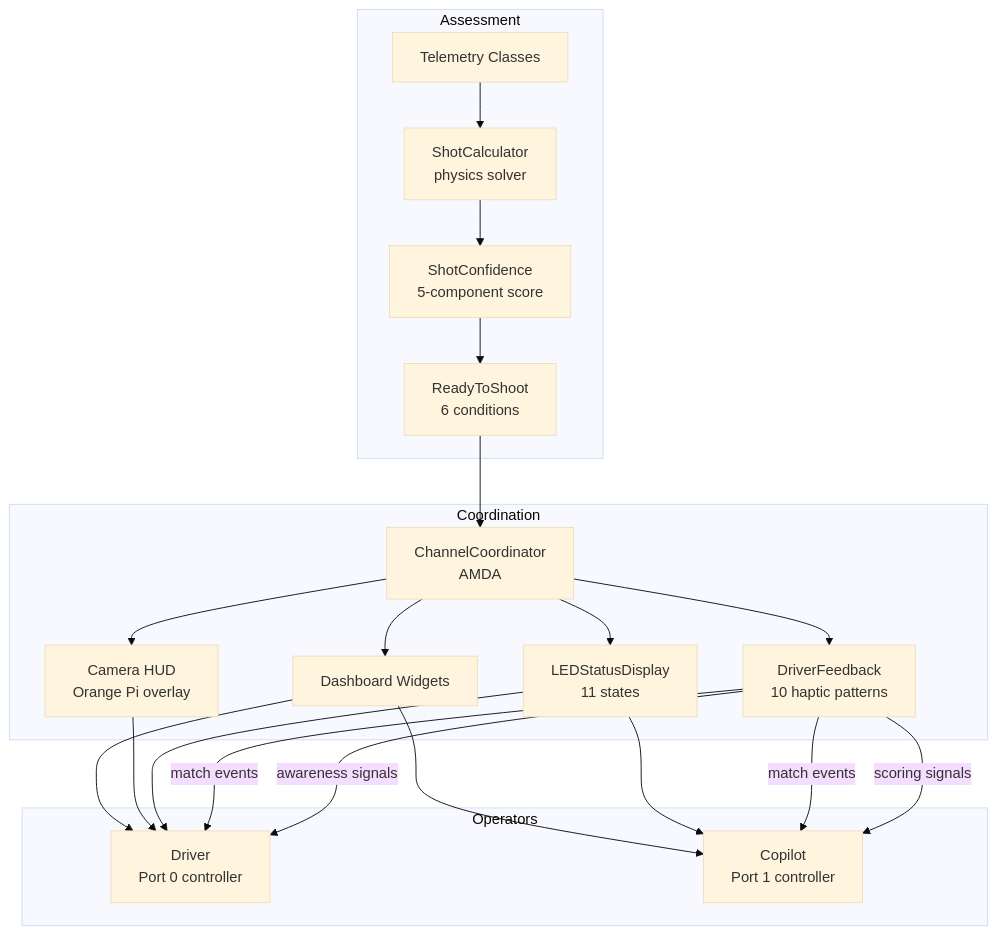
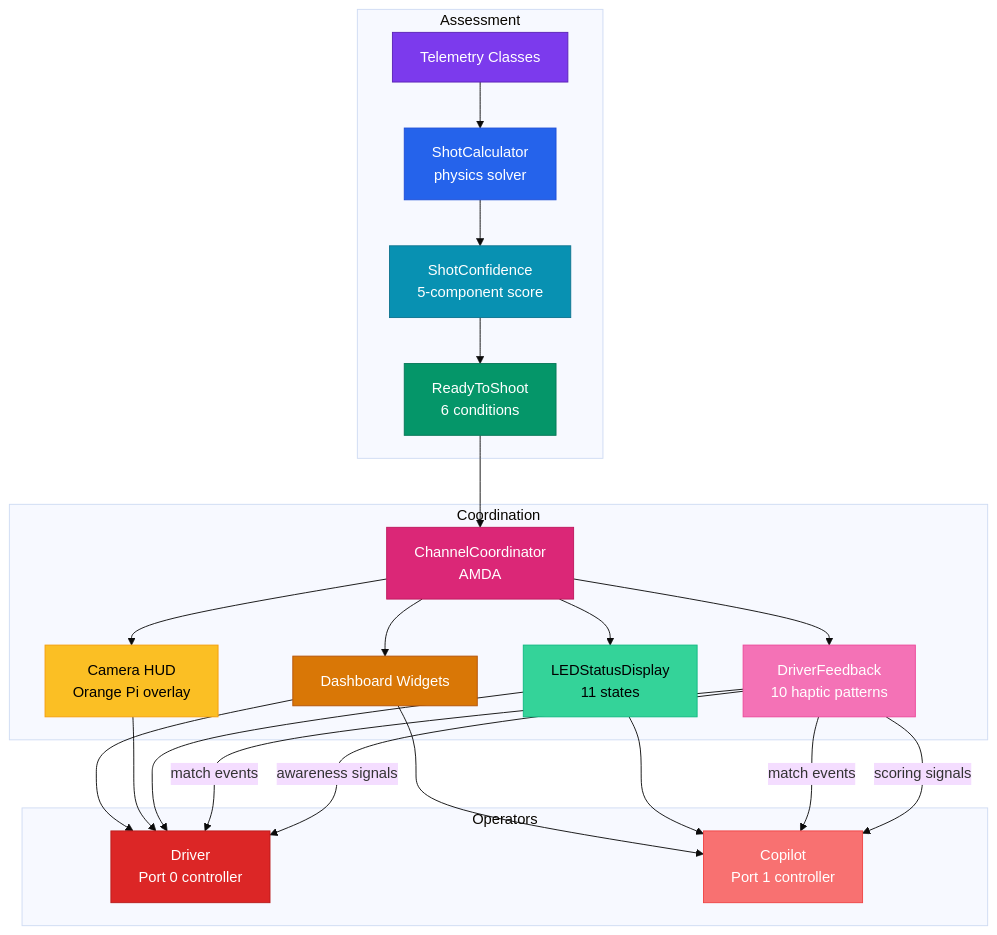
Before and after one commit to eeveemara/frc5962-2026-docs: the second of 3 diagrams in docs/architecture/system-overview.md, drawn with Mermaid (base theme). The commit also changed other lines of this file and 14 other files, not shown here.

Commit message:
Add explicit colors to all 20 mermaid diagrams for GitBook dark mode

````diff
--- a/docs/architecture/system-overview.md
+++ b/docs/architecture/system-overview.md
@@ -54,32 +72,44 @@
 ```mermaid
 flowchart TB
     subgraph Assessment
         TEL[Telemetry Classes]
         SC[ShotCalculator<br/>physics solver]
         CONF[ShotConfidence<br/>5-component score]
         RTS[ReadyToShoot<br/>6 conditions]
     end
 
     subgraph Coordination
         CC[ChannelCoordinator<br/>AMDA]
         DF[DriverFeedback<br/>10 haptic patterns]
         LED[LEDStatusDisplay<br/>11 states]
         HUD[Camera HUD<br/>Orange Pi overlay]
         DASH[Dashboard Widgets]
     end
 
     subgraph Operators
         DRIVER[Driver<br/>Port 0 controller]
         COPILOT[Copilot<br/>Port 1 controller]
     end
 
     TEL --> SC --> CONF --> RTS
     RTS --> CC
     CC --> DF & LED & HUD & DASH
     DF -->|awareness signals| DRIVER
     DF -->|scoring signals| COPILOT
     DF -->|match events| DRIVER & COPILOT
     LED --> DRIVER & COPILOT
     HUD --> DRIVER
     DASH --> DRIVER & COPILOT
+
+    style TEL fill:#7c3aed,stroke:#5b21b6,color:#fff
+    style SC fill:#2563eb,stroke:#1d4ed8,color:#fff
+    style CONF fill:#0891b2,stroke:#0e7490,color:#fff
+    style RTS fill:#059669,stroke:#047857,color:#fff
+    style CC fill:#db2777,stroke:#be185d,color:#fff
+    style DF fill:#f472b6,stroke:#ec4899,color:#fff
+    style LED fill:#34d399,stroke:#10b981,color:#000
+    style HUD fill:#fbbf24,stroke:#f59e0b,color:#000
+    style DASH fill:#d97706,stroke:#b45309,color:#fff
+    style DRIVER fill:#dc2626,stroke:#b91c1c,color:#fff
+    style COPILOT fill:#f87171,stroke:#ef4444,color:#fff
 ```
````
